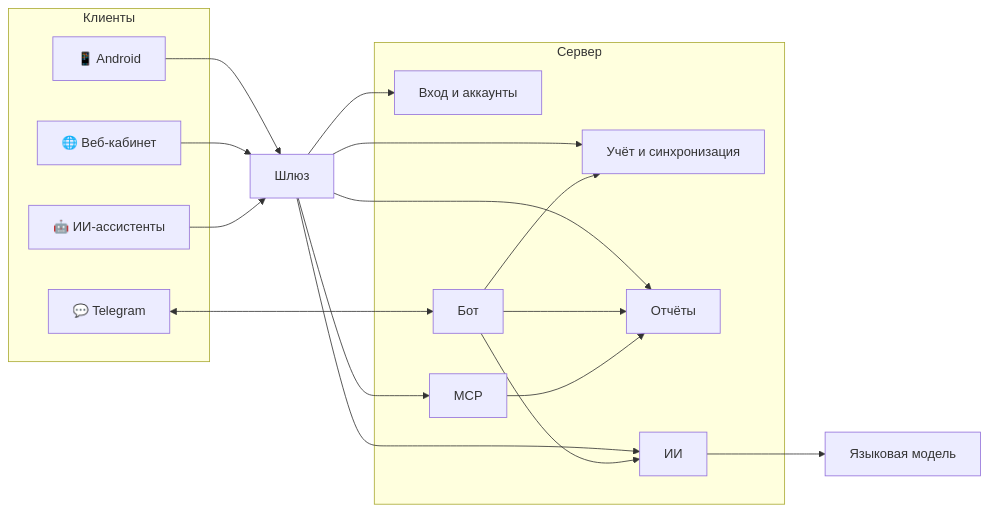
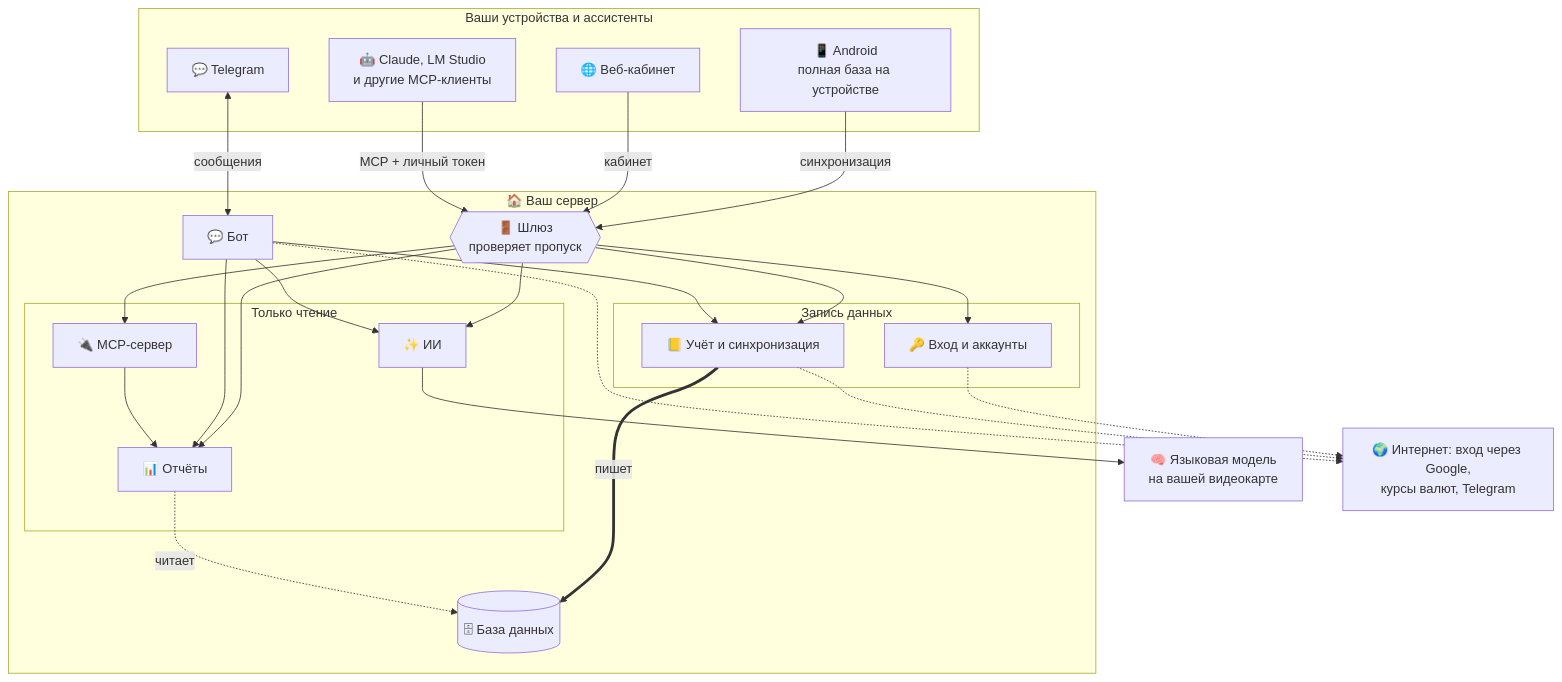
The first of 2 diagrams in docs/ru/components.md (WalletTransactions/WalletTransactions.github.io), drawn with Mermaid before and after one commit. The commit also changed other lines of this file and 43 other files, not shown here.

First line of the commit message:
Страница «Как это выглядит» и новая схема «Из чего состоит» (#6)

````diff
--- a/docs/ru/components.md
+++ b/docs/ru/components.md
@@ -6,25 +6,43 @@
 ```mermaid
-flowchart LR
-    subgraph Clients["Клиенты"]
-        APP["📱 Android"]
+flowchart TB
+    subgraph Clients["Ваши устройства и ассистенты"]
+        APP["📱 Android<br/>полная база на устройстве"]
         WEB["🌐 Веб-кабинет"]
         TG["💬 Telegram"]
-        MCPC["🤖 ИИ-ассистенты"]
+        ASSIST["🤖 Claude, LM Studio<br/>и другие MCP-клиенты"]
     end
-    GW["Шлюз"]
-    subgraph Core["Сервер"]
-        AUTH["Вход и аккаунты"]
-        LEDGER["Учёт и синхронизация"]
-        REPORT["Отчёты"]
-        AI["ИИ"]
-        MCP["MCP"]
-        BOT["Бот"]
+
+    subgraph Home["🏠 Ваш сервер"]
+        GW{{"🚪 Шлюз<br/>проверяет пропуск"}}
+        subgraph Write["Запись данных"]
+            AUTH["🔑 Вход и аккаунты"]
+            LEDGER["📒 Учёт и синхронизация"]
+        end
+        subgraph ReadOnly["Только чтение"]
+            REPORT["📊 Отчёты"]
+            MCP["🔌 MCP-сервер"]
+            AI["✨ ИИ"]
+        end
+        BOT["💬 Бот"]
+        DB[("🗄 База данных")]
     end
-    LLM["Языковая модель"]
-    APP & WEB & MCPC --> GW
-    TG <--> BOT
+
+    LLM["🧠 Языковая модель<br/>на вашей видеокарте"]
+    NET["🌍 Интернет: вход через Google,<br/>курсы валют, Telegram"]
+
+    APP -- "синхронизация" --> GW
+    WEB -- "кабинет" --> GW
+    ASSIST -- "MCP + личный токен" --> GW
+    TG <-- "сообщения" --> BOT
+
     GW --> AUTH & LEDGER & REPORT & AI & MCP
     BOT --> LEDGER & REPORT & AI
+    MCP --> REPORT
     AI --> LLM
-    MCP --> REPORT
+
+    LEDGER == "пишет" ==> DB
+    REPORT -. "читает" .-> DB
+    AUTH -.-> NET
+    LEDGER -.-> NET
+    BOT -.-> NET
 ```
````
